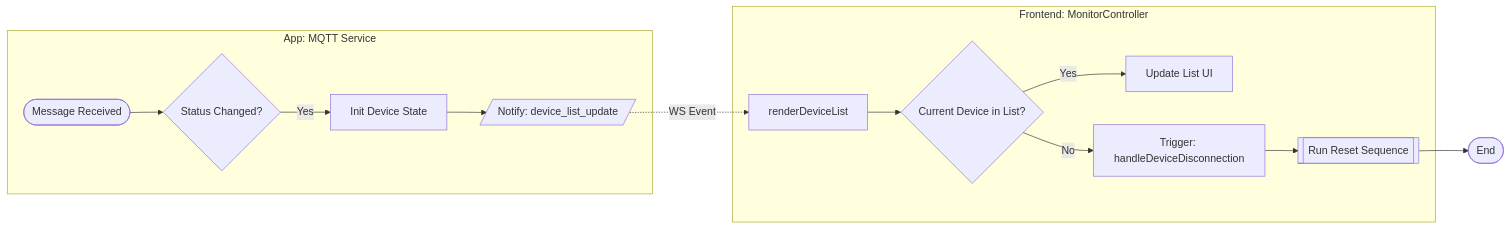
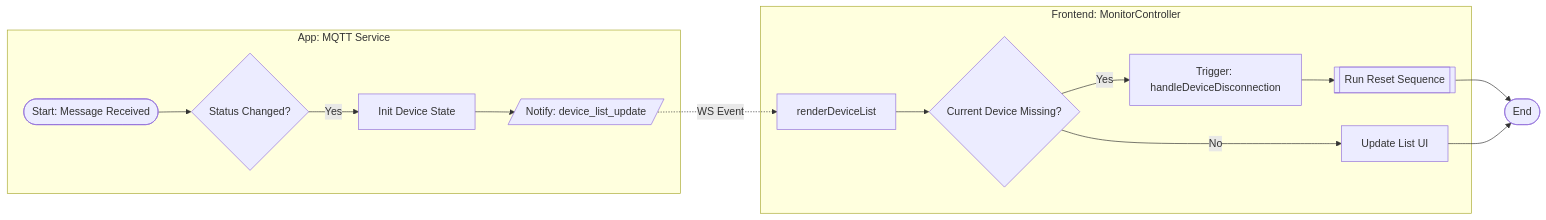
The fourth of 9 diagrams in SYSTEM_FLOWS.md (affanrk/ecg-puskesmas), drawn with Mermaid before and after one commit. The commit also changed other lines of this file, not shown here.

Commit message:
Update System Flow

````diff
--- a/SYSTEM_FLOWS.md
+++ b/SYSTEM_FLOWS.md
@@ -151,22 +159,23 @@
 ```mermaid
 flowchart LR
     %% SWIMLANE: BACKEND
-    subgraph MQTT_Service [App: MQTT Service]
-        MsgIn([Message Received]) --> CheckStatus{Status Changed?}
+    subgraph Backend_MQTT [App: MQTT Service]
+        MsgIn([Start: Message Received]) --> CheckStatus{Status Changed?}
         CheckStatus -- Yes --> InitDev[Init Device State]
         InitDev --> SendList[/Notify: device_list_update/]
     end
 
     %% SWIMLANE: FRONTEND
     subgraph Frontend_Logic [Frontend: MonitorController]
         SendList -.->|WS Event| Render[renderDeviceList]
-        Render --> LoopCheck{Current Device in List?}
+        Render --> LoopCheck{Current Device Missing?}
         
-        LoopCheck -- Yes --> UpdateUI[Update List UI]
-        LoopCheck -- No --> TriggerDisc[Trigger: handleDeviceDisconnection]
+        LoopCheck -- Yes --> TriggerDisc[Trigger: handleDeviceDisconnection]
+        LoopCheck -- No --> UpdateUI[Update List UI]
         
         TriggerDisc --> ResetComp[[Run Reset Sequence]]
     end
     
     ResetComp --> EndSync([End])
+    UpdateUI --> EndSync
 ```
````
